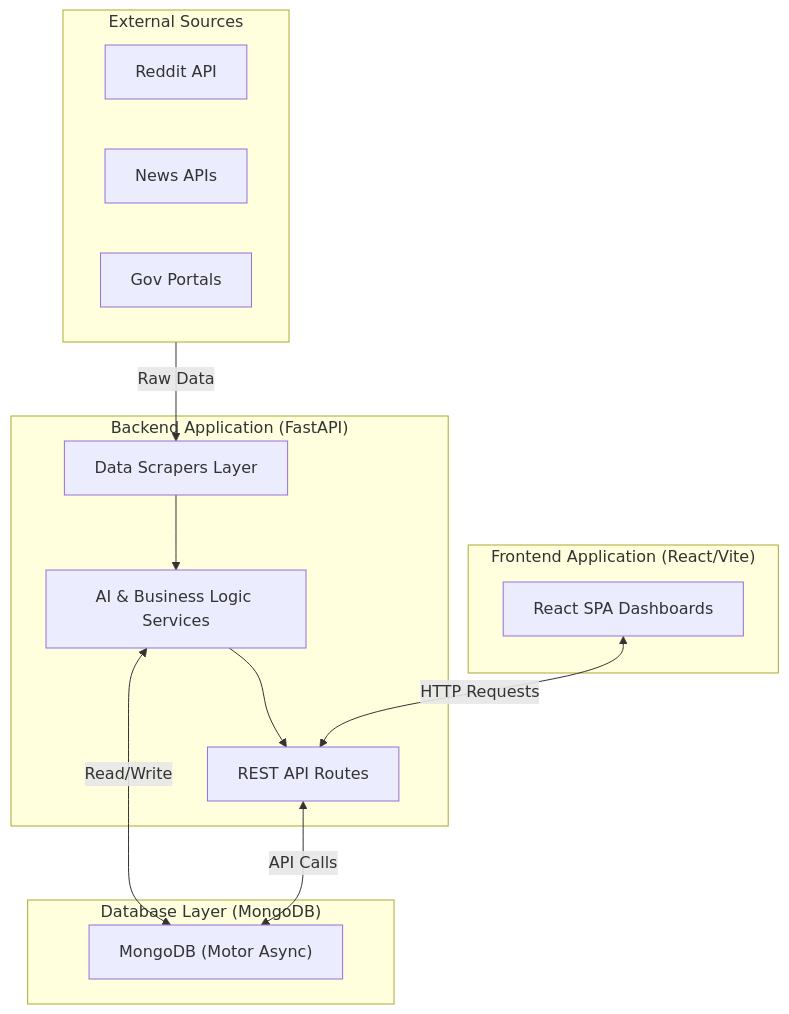
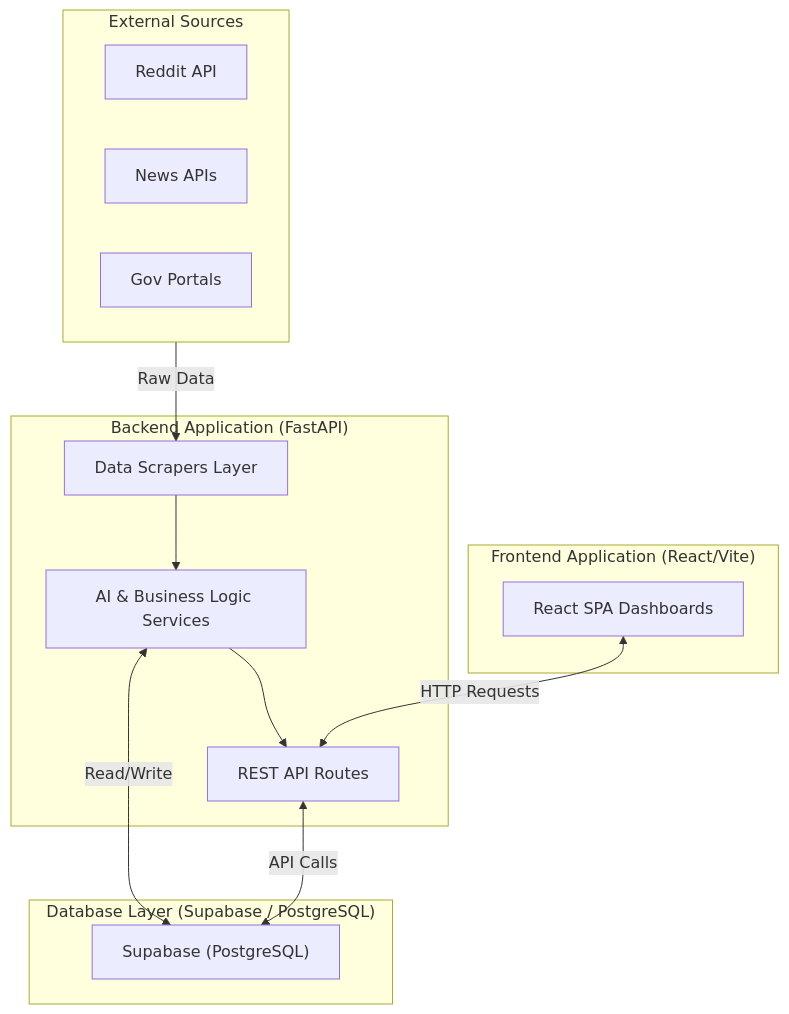
The first of 3 diagrams in architecture.md (anubhav2921/autocrate_jannetra), drawn with Mermaid before and after one commit. The commit also changed other lines of this file, not shown here.

Commit message:
docs: update architecture.md to reflect Supabase migration

````diff
--- a/architecture.md
+++ b/architecture.md
@@ -21,34 +21,34 @@
 ```mermaid
 graph TD
     %% External Data Sources
     subgraph External_Sources ["External Sources"]
         R["Reddit API"]
         N["News APIs"]
         G["Gov Portals"]
     end
 
     %% Backend Layer
     subgraph Backend_App ["Backend Application (FastAPI)"]
         Scrapers["Data Scrapers Layer"]
         Services["AI & Business Logic Services"]
         Routes["REST API Routes"]
         
         Scrapers --> Services
         Services --> Routes
     end
 
     %% Database Layer
-    subgraph DB_Layer ["Database Layer (MongoDB)"]
-        DB["MongoDB (Motor Async)"]
+    subgraph DB_Layer ["Database Layer (Supabase / PostgreSQL)"]
+        DB["Supabase (PostgreSQL)"]
     end
 
     %% Frontend Layer
     subgraph Frontend_App ["Frontend Application (React/Vite)"]
         UI["React SPA Dashboards"]
     end
 
     External_Sources -->|Raw Data| Scrapers
     Services <-->|Read/Write| DB
     Routes <-->|API Calls| DB
     UI <-->|HTTP Requests| Routes
 ```
````
